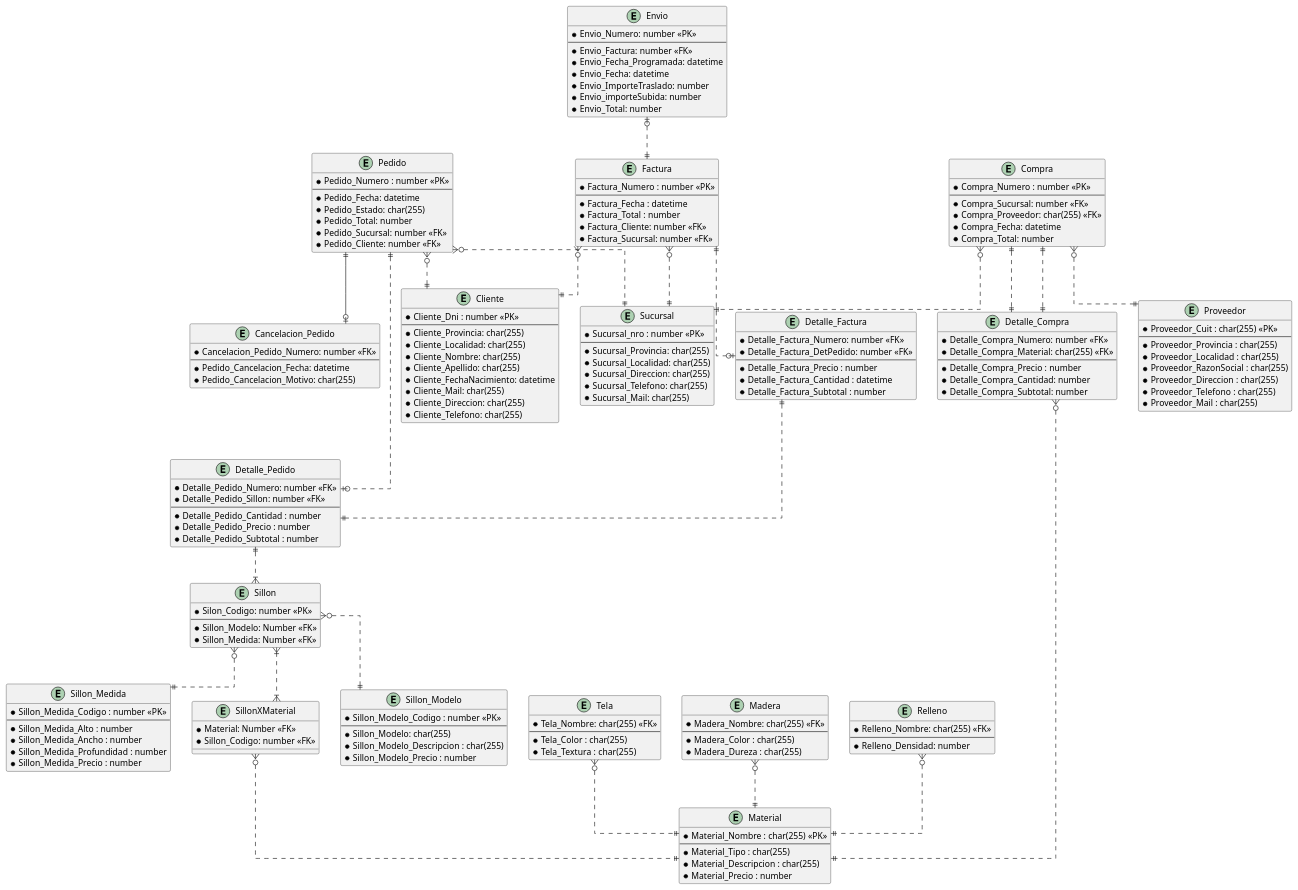
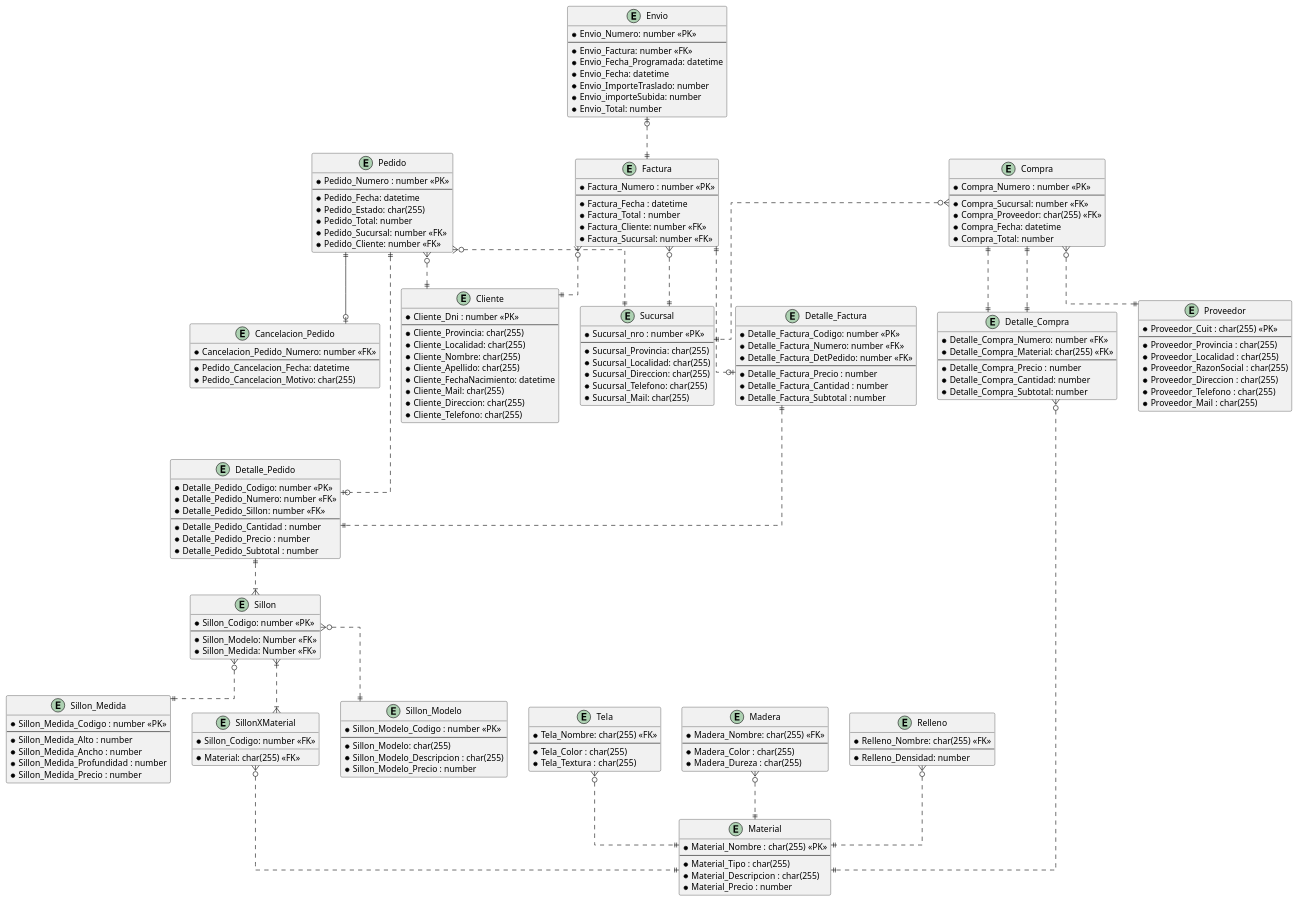
The diagram in sql/diagrams/DER.puml (Valentin-Sosa/TP-GDD), drawn with PlantUML before and after one commit. The commit also changed 2 other files, not shown here.

```diff
--- a/sql/diagrams/DER.puml
+++ b/sql/diagrams/DER.puml
@@ -25,6 +25,7 @@
 }
 
 entity "Detalle_Pedido" as Det_Ped {
+  *Detalle_Pedido_Codigo: number <<PK>>
   *Detalle_Pedido_Numero: number <<FK>>
   *Detalle_Pedido_Sillon: number <<FK>>
   --
@@ -55,7 +56,7 @@
 
 
 entity "Sillon" as Si {
-  *Silon_Codigo: number <<PK>>
+  *Sillon_Codigo: number <<PK>>
   --
   *Sillon_Modelo: Number <<FK>>
   *Sillon_Medida: Number <<FK>>
@@ -63,7 +64,7 @@
 
 entity "SillonXMaterial" as Si_Mat
 {
-  *Material: Number <<FK>>
+  *Material: char(255) <<FK>>
   *Sillon_Codigo: number <<FK>>
 }
 
@@ -122,11 +123,12 @@
 }
 
 entity "Detalle_Factura" as Det_Fac {
+  *Detalle_Factura_Codigo: number <<PK>>
   *Detalle_Factura_Numero: number <<FK>>
   *Detalle_Factura_DetPedido: number <<FK>>
   --
   *Detalle_Factura_Precio : number 
-  *Detalle_Factura_Cantidad : datetime
+  *Detalle_Factura_Cantidad : number
   *Detalle_Factura_Subtotal : number
 }
 
```
